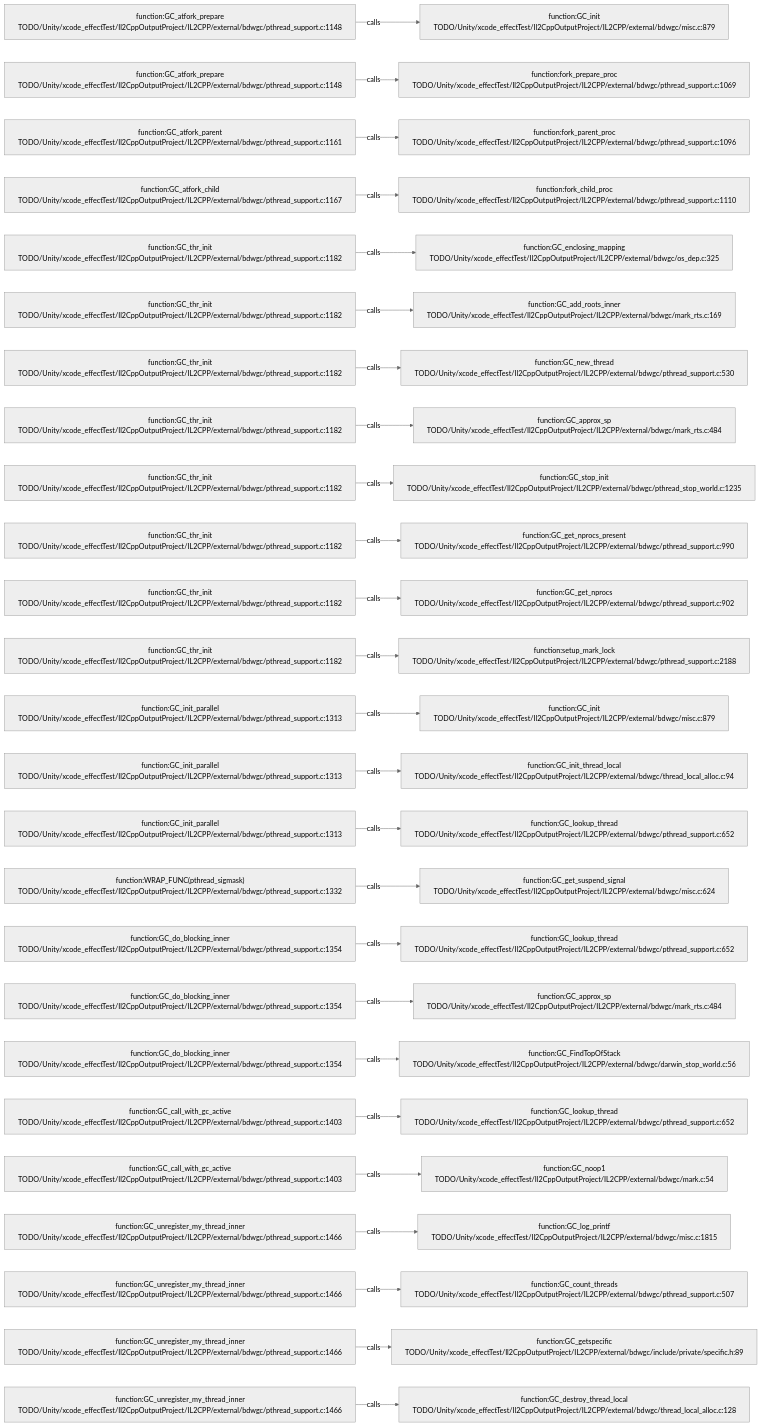
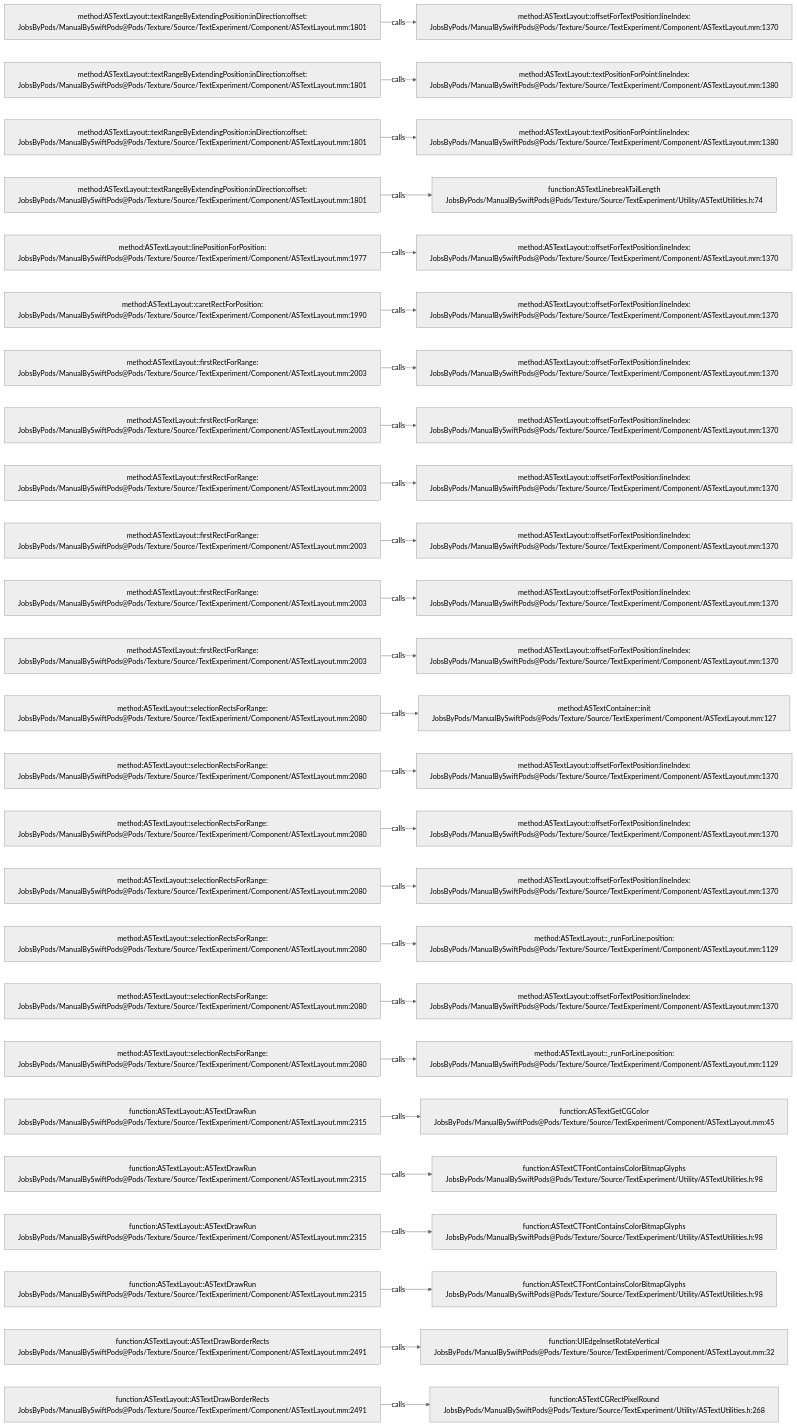
One commit to JobsKits/JobsSwiftBaseConfigDemo changed the diagram in .codegraph/codegraph.md/graphs/calls-153.md. Above: the diagram before and after it, drawn with Mermaid (neutral theme). The commit also changed 2959 other files, not shown here.

````diff
--- a/.codegraph/codegraph.md/graphs/calls-153.md
+++ b/.codegraph/codegraph.md/graphs/calls-153.md
@@ -13,78 +13,78 @@
 ```mermaid
 flowchart LR
-  S1["function:GC_atfork_prepare<br/>TODO/Unity/xcode_effectTest/Il2CppOutputProject/IL2CPP/external/bdwgc/pthread_support.c:1148"]
-  T1["function:GC_init<br/>TODO/Unity/xcode_effectTest/Il2CppOutputProject/IL2CPP/external/bdwgc/misc.c:879"]
+  S1["method:ASTextLayout::textRangeByExtendingPosition:inDirection:offset:<br/>JobsByPods/ManualBySwiftPods@Pods/Texture/Source/TextExperiment/Component/ASTextLayout.mm:1801"]
+  T1["method:ASTextLayout::offsetForTextPosition:lineIndex:<br/>JobsByPods/ManualBySwiftPods@Pods/Texture/Source/TextExperiment/Component/ASTextLayout.mm:1370"]
   S1 -->|calls| T1
-  S2["function:GC_atfork_prepare<br/>TODO/Unity/xcode_effectTest/Il2CppOutputProject/IL2CPP/external/bdwgc/pthread_support.c:1148"]
-  T2["function:fork_prepare_proc<br/>TODO/Unity/xcode_effectTest/Il2CppOutputProject/IL2CPP/external/bdwgc/pthread_support.c:1069"]
+  S2["method:ASTextLayout::textRangeByExtendingPosition:inDirection:offset:<br/>JobsByPods/ManualBySwiftPods@Pods/Texture/Source/TextExperiment/Component/ASTextLayout.mm:1801"]
+  T2["method:ASTextLayout::textPositionForPoint:lineIndex:<br/>JobsByPods/ManualBySwiftPods@Pods/Texture/Source/TextExperiment/Component/ASTextLayout.mm:1380"]
   S2 -->|calls| T2
-  S3["function:GC_atfork_parent<br/>TODO/Unity/xcode_effectTest/Il2CppOutputProject/IL2CPP/external/bdwgc/pthread_support.c:1161"]
-  T3["function:fork_parent_proc<br/>TODO/Unity/xcode_effectTest/Il2CppOutputProject/IL2CPP/external/bdwgc/pthread_support.c:1096"]
+  S3["method:ASTextLayout::textRangeByExtendingPosition:inDirection:offset:<br/>JobsByPods/ManualBySwiftPods@Pods/Texture/Source/TextExperiment/Component/ASTextLayout.mm:1801"]
+  T3["method:ASTextLayout::textPositionForPoint:lineIndex:<br/>JobsByPods/ManualBySwiftPods@Pods/Texture/Source/TextExperiment/Component/ASTextLayout.mm:1380"]
   S3 -->|calls| T3
-  S4["function:GC_atfork_child<br/>TODO/Unity/xcode_effectTest/Il2CppOutputProject/IL2CPP/external/bdwgc/pthread_support.c:1167"]
-  T4["function:fork_child_proc<br/>TODO/Unity/xcode_effectTest/Il2CppOutputProject/IL2CPP/external/bdwgc/pthread_support.c:1110"]
+  S4["method:ASTextLayout::textRangeByExtendingPosition:inDirection:offset:<br/>JobsByPods/ManualBySwiftPods@Pods/Texture/Source/TextExperiment/Component/ASTextLayout.mm:1801"]
+  T4["function:ASTextLinebreakTailLength<br/>JobsByPods/ManualBySwiftPods@Pods/Texture/Source/TextExperiment/Utility/ASTextUtilities.h:74"]
   S4 -->|calls| T4
-  S5["function:GC_thr_init<br/>TODO/Unity/xcode_effectTest/Il2CppOutputProject/IL2CPP/external/bdwgc/pthread_support.c:1182"]
-  T5["function:GC_enclosing_mapping<br/>TODO/Unity/xcode_effectTest/Il2CppOutputProject/IL2CPP/external/bdwgc/os_dep.c:325"]
+  S5["method:ASTextLayout::linePositionForPosition:<br/>JobsByPods/ManualBySwiftPods@Pods/Texture/Source/TextExperiment/Component/ASTextLayout.mm:1977"]
+  T5["method:ASTextLayout::offsetForTextPosition:lineIndex:<br/>JobsByPods/ManualBySwiftPods@Pods/Texture/Source/TextExperiment/Component/ASTextLayout.mm:1370"]
   S5 -->|calls| T5
-  S6["function:GC_thr_init<br/>TODO/Unity/xcode_effectTest/Il2CppOutputProject/IL2CPP/external/bdwgc/pthread_support.c:1182"]
-  T6["function:GC_add_roots_inner<br/>TODO/Unity/xcode_effectTest/Il2CppOutputProject/IL2CPP/external/bdwgc/mark_rts.c:169"]
+  S6["method:ASTextLayout::caretRectForPosition:<br/>JobsByPods/ManualBySwiftPods@Pods/Texture/Source/TextExperiment/Component/ASTextLayout.mm:1990"]
+  T6["method:ASTextLayout::offsetForTextPosition:lineIndex:<br/>JobsByPods/ManualBySwiftPods@Pods/Texture/Source/TextExperiment/Component/ASTextLayout.mm:1370"]
   S6 -->|calls| T6
-  S7["function:GC_thr_init<br/>TODO/Unity/xcode_effectTest/Il2CppOutputProject/IL2CPP/external/bdwgc/pthread_support.c:1182"]
-  T7["function:GC_new_thread<br/>TODO/Unity/xcode_effectTest/Il2CppOutputProject/IL2CPP/external/bdwgc/pthread_support.c:530"]
+  S7["method:ASTextLayout::firstRectForRange:<br/>JobsByPods/ManualBySwiftPods@Pods/Texture/Source/TextExperiment/Component/ASTextLayout.mm:2003"]
+  T7["method:ASTextLayout::offsetForTextPosition:lineIndex:<br/>JobsByPods/ManualBySwiftPods@Pods/Texture/Source/TextExperiment/Component/ASTextLayout.mm:1370"]
   S7 -->|calls| T7
-  S8["function:GC_thr_init<br/>TODO/Unity/xcode_effectTest/Il2CppOutputProject/IL2CPP/external/bdwgc/pthread_support.c:1182"]
-  T8["function:GC_approx_sp<br/>TODO/Unity/xcode_effectTest/Il2CppOutputProject/IL2CPP/external/bdwgc/mark_rts.c:484"]
+  S8["method:ASTextLayout::firstRectForRange:<br/>JobsByPods/ManualBySwiftPods@Pods/Texture/Source/TextExperiment/Component/ASTextLayout.mm:2003"]
+  T8["method:ASTextLayout::offsetForTextPosition:lineIndex:<br/>JobsByPods/ManualBySwiftPods@Pods/Texture/Source/TextExperiment/Component/ASTextLayout.mm:1370"]
   S8 -->|calls| T8
-  S9["function:GC_thr_init<br/>TODO/Unity/xcode_effectTest/Il2CppOutputProject/IL2CPP/external/bdwgc/pthread_support.c:1182"]
-  T9["function:GC_stop_init<br/>TODO/Unity/xcode_effectTest/Il2CppOutputProject/IL2CPP/external/bdwgc/pthread_stop_world.c:1235"]
+  S9["method:ASTextLayout::firstRectForRange:<br/>JobsByPods/ManualBySwiftPods@Pods/Texture/Source/TextExperiment/Component/ASTextLayout.mm:2003"]
+  T9["method:ASTextLayout::offsetForTextPosition:lineIndex:<br/>JobsByPods/ManualBySwiftPods@Pods/Texture/Source/TextExperiment/Component/ASTextLayout.mm:1370"]
   S9 -->|calls| T9
-  S10["function:GC_thr_init<br/>TODO/Unity/xcode_effectTest/Il2CppOutputProject/IL2CPP/external/bdwgc/pthread_support.c:1182"]
-  T10["function:GC_get_nprocs_present<br/>TODO/Unity/xcode_effectTest/Il2CppOutputProject/IL2CPP/external/bdwgc/pthread_support.c:990"]
+  S10["method:ASTextLayout::firstRectForRange:<br/>JobsByPods/ManualBySwiftPods@Pods/Texture/Source/TextExperiment/Component/ASTextLayout.mm:2003"]
+  T10["method:ASTextLayout::offsetForTextPosition:lineIndex:<br/>JobsByPods/ManualBySwiftPods@Pods/Texture/Source/TextExperiment/Component/ASTextLayout.mm:1370"]
   S10 -->|calls| T10
-  S11["function:GC_thr_init<br/>TODO/Unity/xcode_effectTest/Il2CppOutputProject/IL2CPP/external/bdwgc/pthread_support.c:1182"]
-  T11["function:GC_get_nprocs<br/>TODO/Unity/xcode_effectTest/Il2CppOutputProject/IL2CPP/external/bdwgc/pthread_support.c:902"]
+  S11["method:ASTextLayout::firstRectForRange:<br/>JobsByPods/ManualBySwiftPods@Pods/Texture/Source/TextExperiment/Component/ASTextLayout.mm:2003"]
+  T11["method:ASTextLayout::offsetForTextPosition:lineIndex:<br/>JobsByPods/ManualBySwiftPods@Pods/Texture/Source/TextExperiment/Component/ASTextLayout.mm:1370"]
   S11 -->|calls| T11
-  S12["function:GC_thr_init<br/>TODO/Unity/xcode_effectTest/Il2CppOutputProject/IL2CPP/external/bdwgc/pthread_support.c:1182"]
-  T12["function:setup_mark_lock<br/>TODO/Unity/xcode_effectTest/Il2CppOutputProject/IL2CPP/external/bdwgc/pthread_support.c:2188"]
+  S12["method:ASTextLayout::firstRectForRange:<br/>JobsByPods/ManualBySwiftPods@Pods/Texture/Source/TextExperiment/Component/ASTextLayout.mm:2003"]
+  T12["method:ASTextLayout::offsetForTextPosition:lineIndex:<br/>JobsByPods/ManualBySwiftPods@Pods/Texture/Source/TextExperiment/Component/ASTextLayout.mm:1370"]
   S12 -->|calls| T12
-  S13["function:GC_init_parallel<br/>TODO/Unity/xcode_effectTest/Il2CppOutputProject/IL2CPP/external/bdwgc/pthread_support.c:1313"]
-  T13["function:GC_init<br/>TODO/Unity/xcode_effectTest/Il2CppOutputProject/IL2CPP/external/bdwgc/misc.c:879"]
+  S13["method:ASTextLayout::selectionRectsForRange:<br/>JobsByPods/ManualBySwiftPods@Pods/Texture/Source/TextExperiment/Component/ASTextLayout.mm:2080"]
+  T13["method:ASTextContainer::init<br/>JobsByPods/ManualBySwiftPods@Pods/Texture/Source/TextExperiment/Component/ASTextLayout.mm:127"]
   S13 -->|calls| T13
-  S14["function:GC_init_parallel<br/>TODO/Unity/xcode_effectTest/Il2CppOutputProject/IL2CPP/external/bdwgc/pthread_support.c:1313"]
-  T14["function:GC_init_thread_local<br/>TODO/Unity/xcode_effectTest/Il2CppOutputProject/IL2CPP/external/bdwgc/thread_local_alloc.c:94"]
+  S14["method:ASTextLayout::selectionRectsForRange:<br/>JobsByPods/ManualBySwiftPods@Pods/Texture/Source/TextExperiment/Component/ASTextLayout.mm:2080"]
+  T14["method:ASTextLayout::offsetForTextPosition:lineIndex:<br/>JobsByPods/ManualBySwiftPods@Pods/Texture/Source/TextExperiment/Component/ASTextLayout.mm:1370"]
   S14 -->|calls| T14
-  S15["function:GC_init_parallel<br/>TODO/Unity/xcode_effectTest/Il2CppOutputProject/IL2CPP/external/bdwgc/pthread_support.c:1313"]
-  T15["function:GC_lookup_thread<br/>TODO/Unity/xcode_effectTest/Il2CppOutputProject/IL2CPP/external/bdwgc/pthread_support.c:652"]
+  S15["method:ASTextLayout::selectionRectsForRange:<br/>JobsByPods/ManualBySwiftPods@Pods/Texture/Source/TextExperiment/Component/ASTextLayout.mm:2080"]
+  T15["method:ASTextLayout::offsetForTextPosition:lineIndex:<br/>JobsByPods/ManualBySwiftPods@Pods/Texture/Source/TextExperiment/Component/ASTextLayout.mm:1370"]
   S15 -->|calls| T15
-  S16["function:WRAP_FUNC(pthread_sigmask)<br/>TODO/Unity/xcode_effectTest/Il2CppOutputProject/IL2CPP/external/bdwgc/pthread_support.c:1332"]
-  T16["function:GC_get_suspend_signal<br/>TODO/Unity/xcode_effectTest/Il2CppOutputProject/IL2CPP/external/bdwgc/misc.c:624"]
+  S16["method:ASTextLayout::selectionRectsForRange:<br/>JobsByPods/ManualBySwiftPods@Pods/Texture/Source/TextExperiment/Component/ASTextLayout.mm:2080"]
+  T16["method:ASTextLayout::offsetForTextPosition:lineIndex:<br/>JobsByPods/ManualBySwiftPods@Pods/Texture/Source/TextExperiment/Component/ASTextLayout.mm:1370"]
   S16 -->|calls| T16
-  S17["function:GC_do_blocking_inner<br/>TODO/Unity/xcode_effectTest/Il2CppOutputProject/IL2CPP/external/bdwgc/pthread_support.c:1354"]
-  T17["function:GC_lookup_thread<br/>TODO/Unity/xcode_effectTest/Il2CppOutputProject/IL2CPP/external/bdwgc/pthread_support.c:652"]
+  S17["method:ASTextLayout::selectionRectsForRange:<br/>JobsByPods/ManualBySwiftPods@Pods/Texture/Source/TextExperiment/Component/ASTextLayout.mm:2080"]
+  T17["method:ASTextLayout::_runForLine:position:<br/>JobsByPods/ManualBySwiftPods@Pods/Texture/Source/TextExperiment/Component/ASTextLayout.mm:1129"]
   S17 -->|calls| T17
-  S18["function:GC_do_blocking_inner<br/>TODO/Unity/xcode_effectTest/Il2CppOutputProject/IL2CPP/external/bdwgc/pthread_support.c:1354"]
-  T18["function:GC_approx_sp<br/>TODO/Unity/xcode_effectTest/Il2CppOutputProject/IL2CPP/external/bdwgc/mark_rts.c:484"]
+  S18["method:ASTextLayout::selectionRectsForRange:<br/>JobsByPods/ManualBySwiftPods@Pods/Texture/Source/TextExperiment/Component/ASTextLayout.mm:2080"]
+  T18["method:ASTextLayout::offsetForTextPosition:lineIndex:<br/>JobsByPods/ManualBySwiftPods@Pods/Texture/Source/TextExperiment/Component/ASTextLayout.mm:1370"]
   S18 -->|calls| T18
-  S19["function:GC_do_blocking_inner<br/>TODO/Unity/xcode_effectTest/Il2CppOutputProject/IL2CPP/external/bdwgc/pthread_support.c:1354"]
-  T19["function:GC_FindTopOfStack<br/>TODO/Unity/xcode_effectTest/Il2CppOutputProject/IL2CPP/external/bdwgc/darwin_stop_world.c:56"]
+  S19["method:ASTextLayout::selectionRectsForRange:<br/>JobsByPods/ManualBySwiftPods@Pods/Texture/Source/TextExperiment/Component/ASTextLayout.mm:2080"]
+  T19["method:ASTextLayout::_runForLine:position:<br/>JobsByPods/ManualBySwiftPods@Pods/Texture/Source/TextExperiment/Component/ASTextLayout.mm:1129"]
   S19 -->|calls| T19
-  S20["function:GC_call_with_gc_active<br/>TODO/Unity/xcode_effectTest/Il2CppOutputProject/IL2CPP/external/bdwgc/pthread_support.c:1403"]
-  T20["function:GC_lookup_thread<br/>TODO/Unity/xcode_effectTest/Il2CppOutputProject/IL2CPP/external/bdwgc/pthread_support.c:652"]
+  S20["function:ASTextLayout::ASTextDrawRun<br/>JobsByPods/ManualBySwiftPods@Pods/Texture/Source/TextExperiment/Component/ASTextLayout.mm:2315"]
+  T20["function:ASTextGetCGColor<br/>JobsByPods/ManualBySwiftPods@Pods/Texture/Source/TextExperiment/Component/ASTextLayout.mm:45"]
   S20 -->|calls| T20
-  S21["function:GC_call_with_gc_active<br/>TODO/Unity/xcode_effectTest/Il2CppOutputProject/IL2CPP/external/bdwgc/pthread_support.c:1403"]
-  T21["function:GC_noop1<br/>TODO/Unity/xcode_effectTest/Il2CppOutputProject/IL2CPP/external/bdwgc/mark.c:54"]
+  S21["function:ASTextLayout::ASTextDrawRun<br/>JobsByPods/ManualBySwiftPods@Pods/Texture/Source/TextExperiment/Component/ASTextLayout.mm:2315"]
+  T21["function:ASTextCTFontContainsColorBitmapGlyphs<br/>JobsByPods/ManualBySwiftPods@Pods/Texture/Source/TextExperiment/Utility/ASTextUtilities.h:98"]
   S21 -->|calls| T21
-  S22["function:GC_unregister_my_thread_inner<br/>TODO/Unity/xcode_effectTest/Il2CppOutputProject/IL2CPP/external/bdwgc/pthread_support.c:1466"]
-  T22["function:GC_log_printf<br/>TODO/Unity/xcode_effectTest/Il2CppOutputProject/IL2CPP/external/bdwgc/misc.c:1815"]
+  S22["function:ASTextLayout::ASTextDrawRun<br/>JobsByPods/ManualBySwiftPods@Pods/Texture/Source/TextExperiment/Component/ASTextLayout.mm:2315"]
+  T22["function:ASTextCTFontContainsColorBitmapGlyphs<br/>JobsByPods/ManualBySwiftPods@Pods/Texture/Source/TextExperiment/Utility/ASTextUtilities.h:98"]
   S22 -->|calls| T22
-  S23["function:GC_unregister_my_thread_inner<br/>TODO/Unity/xcode_effectTest/Il2CppOutputProject/IL2CPP/external/bdwgc/pthread_support.c:1466"]
-  T23["function:GC_count_threads<br/>TODO/Unity/xcode_effectTest/Il2CppOutputProject/IL2CPP/external/bdwgc/pthread_support.c:507"]
+  S23["function:ASTextLayout::ASTextDrawRun<br/>JobsByPods/ManualBySwiftPods@Pods/Texture/Source/TextExperiment/Component/ASTextLayout.mm:2315"]
+  T23["function:ASTextCTFontContainsColorBitmapGlyphs<br/>JobsByPods/ManualBySwiftPods@Pods/Texture/Source/TextExperiment/Utility/ASTextUtilities.h:98"]
   S23 -->|calls| T23
-  S24["function:GC_unregister_my_thread_inner<br/>TODO/Unity/xcode_effectTest/Il2CppOutputProject/IL2CPP/external/bdwgc/pthread_support.c:1466"]
-  T24["function:GC_getspecific<br/>TODO/Unity/xcode_effectTest/Il2CppOutputProject/IL2CPP/external/bdwgc/include/private/specific.h:89"]
+  S24["function:ASTextLayout::ASTextDrawBorderRects<br/>JobsByPods/ManualBySwiftPods@Pods/Texture/Source/TextExperiment/Component/ASTextLayout.mm:2491"]
+  T24["function:UIEdgeInsetRotateVertical<br/>JobsByPods/ManualBySwiftPods@Pods/Texture/Source/TextExperiment/Component/ASTextLayout.mm:32"]
   S24 -->|calls| T24
-  S25["function:GC_unregister_my_thread_inner<br/>TODO/Unity/xcode_effectTest/Il2CppOutputProject/IL2CPP/external/bdwgc/pthread_support.c:1466"]
-  T25["function:GC_destroy_thread_local<br/>TODO/Unity/xcode_effectTest/Il2CppOutputProject/IL2CPP/external/bdwgc/thread_local_alloc.c:128"]
+  S25["function:ASTextLayout::ASTextDrawBorderRects<br/>JobsByPods/ManualBySwiftPods@Pods/Texture/Source/TextExperiment/Component/ASTextLayout.mm:2491"]
+  T25["function:ASTextCGRectPixelRound<br/>JobsByPods/ManualBySwiftPods@Pods/Texture/Source/TextExperiment/Utility/ASTextUtilities.h:268"]
   S25 -->|calls| T25
 ```
````
